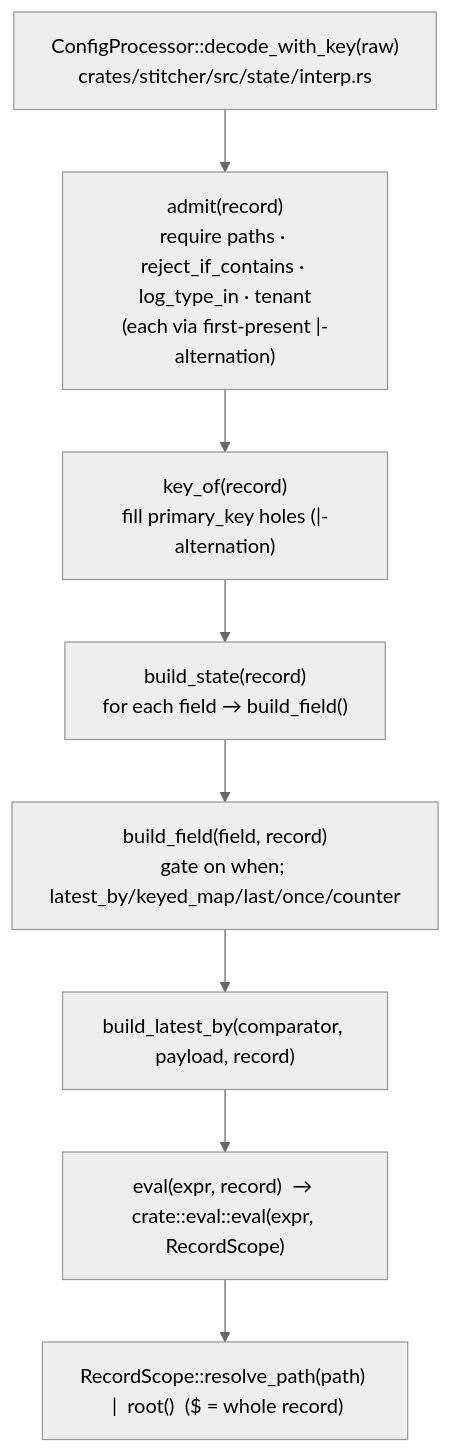
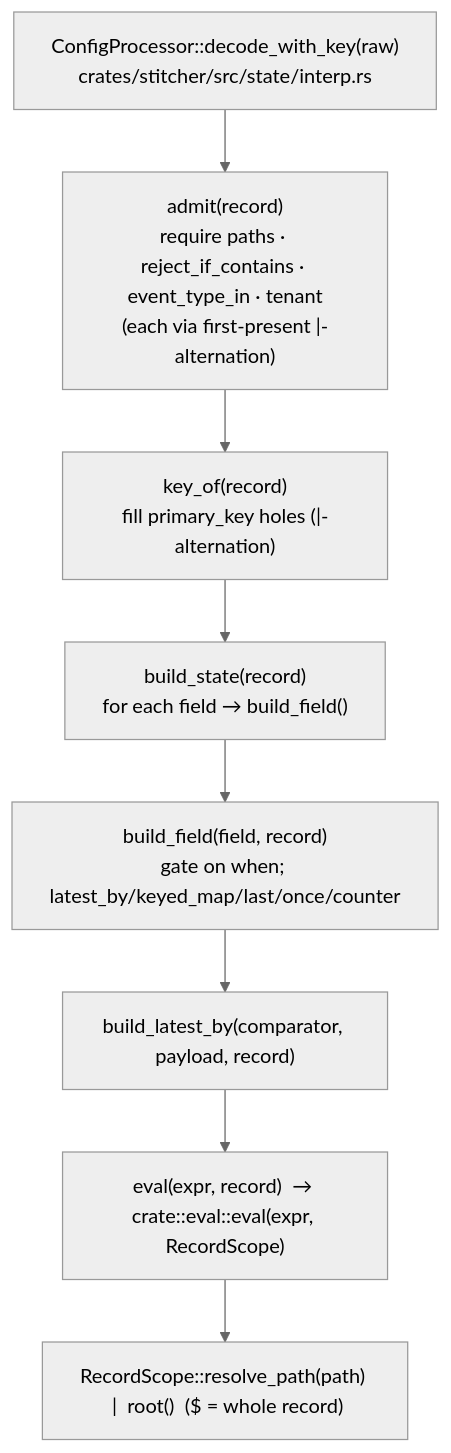
The fourth of 5 diagrams in docs/DATA_FLOW.md (su-shivanshmathur/stitcher), drawn with Mermaid (neutral theme) before and after one commit. The commit also changed 6 other files, not shown here.

Commit message:
Refactor state and transformer configurations to use updated terminology; replace 'decode_filter' with 'accept', 'log_type' with 'event_type', and adjust related structures and documentation accordingly.

````diff
--- a/docs/DATA_FLOW.md
+++ b/docs/DATA_FLOW.md
@@ -106,11 +106,11 @@
 ```mermaid
 flowchart TD
   DWK["ConfigProcessor::decode_with_key(raw)<br/>crates/stitcher/src/state/interp.rs"]
-  DWK --> A["admit(record)<br/>require paths · reject_if_contains · log_type_in · tenant<br/>(each via first-present |-alternation)"]
+  DWK --> A["admit(record)<br/>require paths · reject_if_contains · event_type_in · tenant<br/>(each via first-present |-alternation)"]
   A --> K["key_of(record)<br/>fill primary_key holes (|-alternation)"]
   K --> BS["build_state(record)<br/>for each field → build_field()"]
   BS --> BF["build_field(field, record)<br/>gate on when; latest_by/keyed_map/last/once/counter"]
   BF --> BL["build_latest_by(comparator, payload, record)"]
   BL --> EV["eval(expr, record)  → crate::eval::eval(expr, RecordScope)"]
   EV --> RS["RecordScope::resolve_path(path)  |  root()  ($ = whole record)"]
 ```
````
